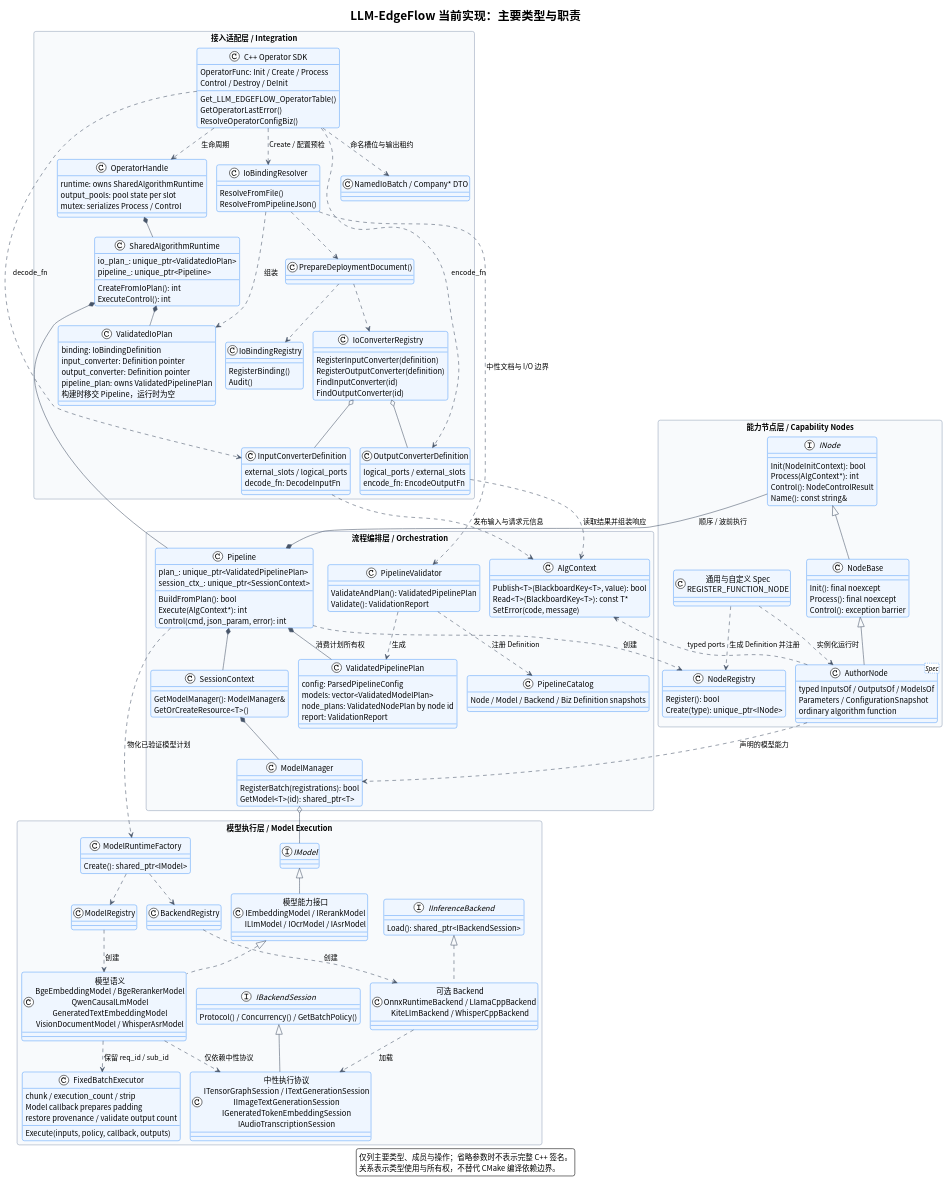
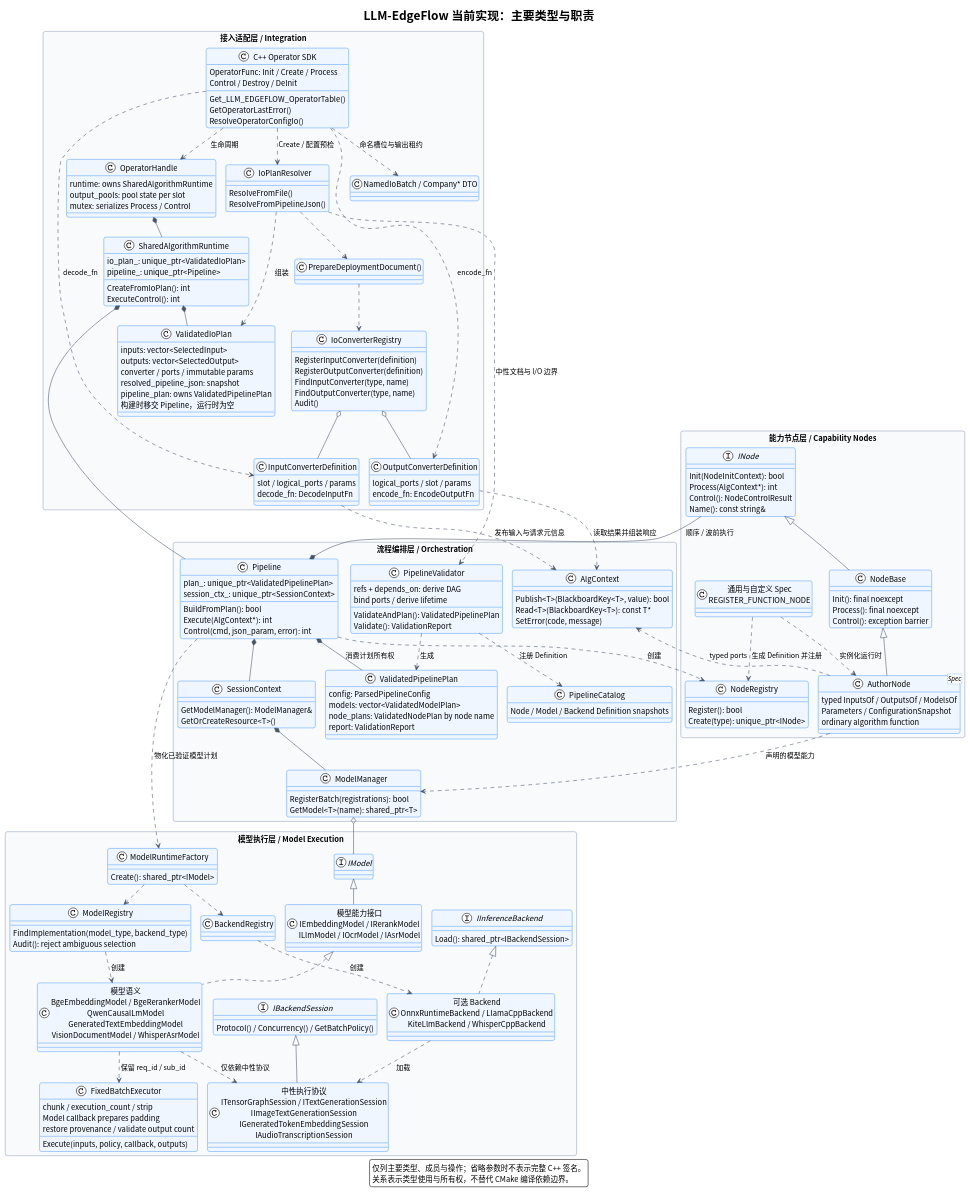
Before and after one commit to chamsechan/LLM-EdgeFlow: the diagram in doc/architecture_classes.puml, drawn with PlantUML. The commit also changed 68 other files, not shown here.

```diff
--- a/doc/architecture_classes.puml
+++ b/doc/architecture_classes.puml
@@ -23,7 +23,7 @@
   class "C++ Operator SDK" as Operator {
     Get_LLM_EDGEFLOW_OperatorTable()
     GetOperatorLastError()
-    ResolveOperatorConfigBiz()
+    ResolveOperatorConfigIo()
     OperatorFunc: Init / Create / Process
     Control / Destroy / DeInit
   }
@@ -39,33 +39,31 @@
     ExecuteControl(): int
   }
   class ValidatedIoPlan {
-    binding: IoBindingDefinition
-    input_converter: Definition pointer
-    output_converter: Definition pointer
+    inputs: vector<SelectedInput>
+    outputs: vector<SelectedOutput>
+    converter / ports / immutable params
+    resolved_pipeline_json: snapshot
     pipeline_plan: owns ValidatedPipelinePlan
     构建时移交 Pipeline，运行时为空
   }
-  class IoBindingResolver {
+  class IoPlanResolver {
     ResolveFromFile()
     ResolveFromPipelineJson()
   }
   class "PrepareDeploymentDocument()" as PrepareDeployment
-  class IoBindingRegistry {
-    RegisterBinding()
-    Audit()
-  }
   class IoConverterRegistry {
     RegisterInputConverter(definition)
     RegisterOutputConverter(definition)
-    FindInputConverter(id)
-    FindOutputConverter(id)
+    FindInputConverter(type, name)
+    FindOutputConverter(type, name)
+    Audit()
   }
   class InputConverterDefinition {
-    external_slots / logical_ports
+    slot / logical_ports / params
     decode_fn: DecodeInputFn
   }
   class OutputConverterDefinition {
-    logical_ports / external_slots
+    logical_ports / slot / params
     encode_fn: EncodeOutputFn
   }
   class "NamedIoBatch / Company* DTO" as ExternalIo
@@ -74,12 +72,14 @@
 package "流程编排层 / Orchestration" {
   class PipelineValidator {
     ValidateAndPlan(): ValidatedPipelinePlan
+    refs + depends_on: derive DAG
+    bind ports / derive lifetime
     Validate(): ValidationReport
   }
   class ValidatedPipelinePlan {
     config: ParsedPipelineConfig
     models: vector<ValidatedModelPlan>
-    node_plans: ValidatedNodePlan by node id
+    node_plans: ValidatedNodePlan by node name
     report: ValidationReport
   }
   class Pipeline {
@@ -100,10 +100,10 @@
   }
   class ModelManager {
     RegisterBatch(registrations): bool
-    GetModel<T>(id): shared_ptr<T>
+    GetModel<T>(name): shared_ptr<T>
   }
   class PipelineCatalog {
-    Node / Model / Backend / Biz Definition snapshots
+    Node / Model / Backend Definition snapshots
   }
 }
 
@@ -135,7 +135,10 @@
   interface IModel
   class "模型能力接口\nIEmbeddingModel / IRerankModel\nILlmModel / IOcrModel / IAsrModel" as Capabilities
   class "模型语义\nBgeEmbeddingModel / BgeRerankerModel\nQwenCausalLmModel\nGeneratedTextEmbeddingModel\nVisionDocumentModel / WhisperAsrModel" as Models
-  class ModelRegistry
+  class ModelRegistry {
+    FindImplementation(model_type, backend_type)
+    Audit(): reject ambiguous selection
+  }
   class ModelRuntimeFactory {
     Create(): shared_ptr<IModel>
   }
@@ -161,12 +164,11 @@
 OperatorHandle *-- SharedAlgorithmRuntime
 SharedAlgorithmRuntime *-- ValidatedIoPlan
 SharedAlgorithmRuntime *-- Pipeline
-Operator ..> IoBindingResolver : Create / 配置预检
-IoBindingResolver ..> PrepareDeployment
-PrepareDeployment ..> IoBindingRegistry
+Operator ..> IoPlanResolver : Create / 配置预检
+IoPlanResolver ..> PrepareDeployment
 PrepareDeployment ..> IoConverterRegistry
-IoBindingResolver ..> PipelineValidator : 中性文档与 I/O 边界
-IoBindingResolver ..> ValidatedIoPlan : 组装
+IoPlanResolver ..> PipelineValidator : 中性文档与 I/O 边界
+IoPlanResolver ..> ValidatedIoPlan : 组装
 IoConverterRegistry o-- InputConverterDefinition
 IoConverterRegistry o-- OutputConverterDefinition
 Operator ..> InputConverterDefinition : decode_fn
```
